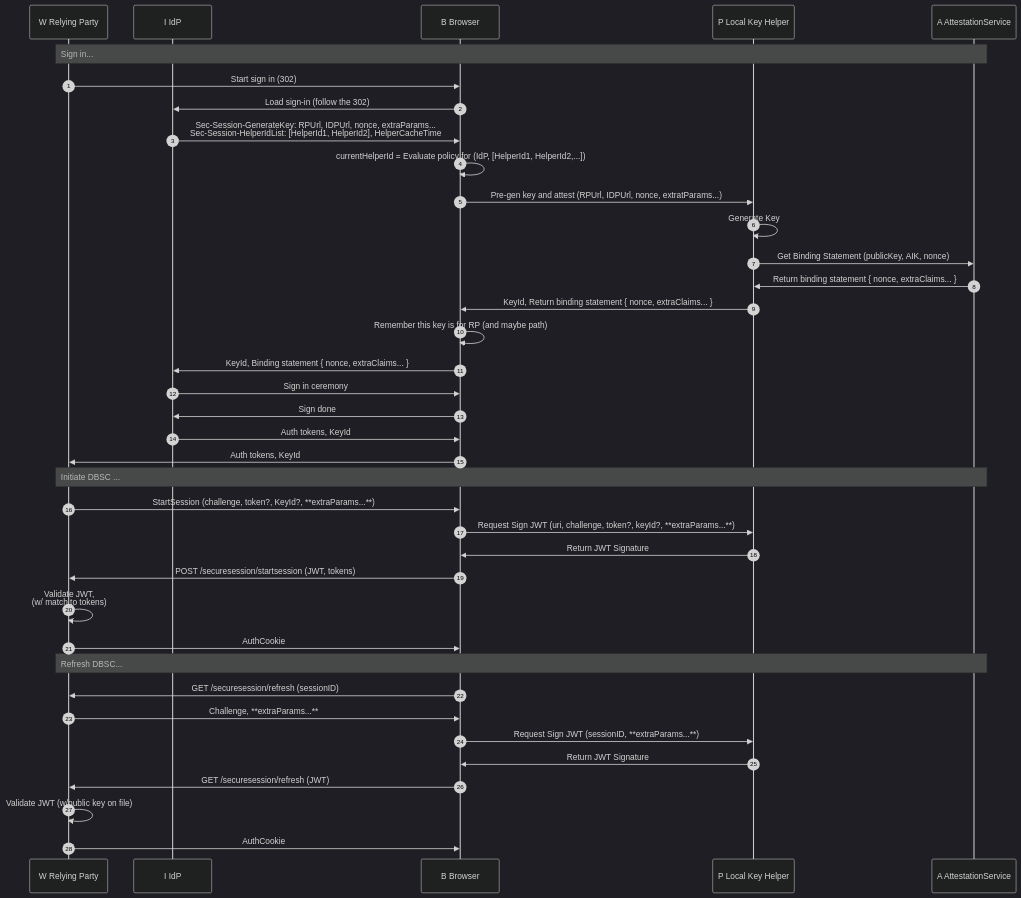
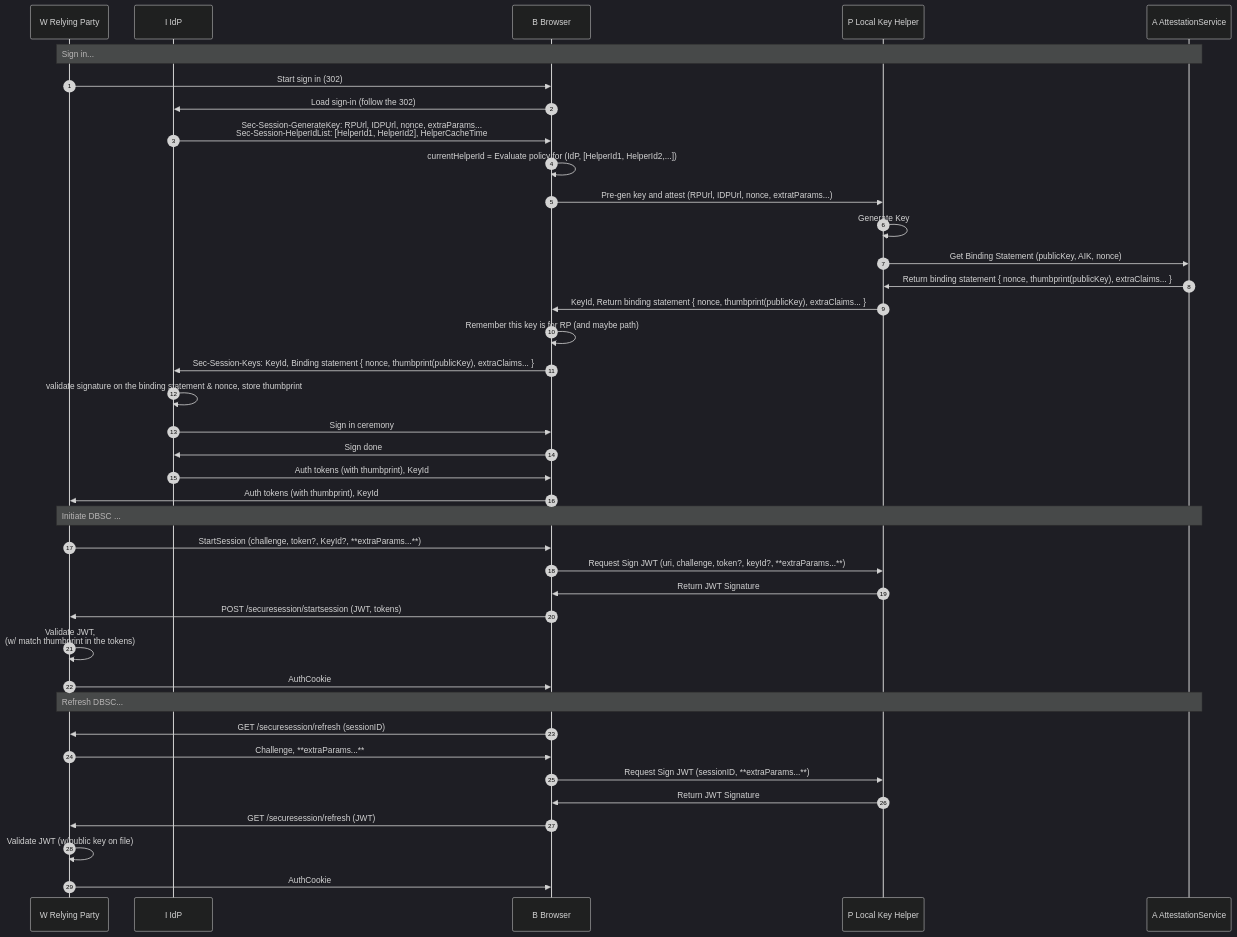
The second of 10 diagrams in README.md (alextok/dbsc-discussions), drawn with Mermaid (dark theme) before and after one commit. The commit also changed other lines of this file, not shown here.

Commit message:
Update diagrams and open/close notes

````diff
--- a/README.md
+++ b/README.md
@@ -17,49 +17,50 @@
 ```mermaid
 sequenceDiagram
 %%{ init: { 'sequence': { 'noteAlign': 'left'} } }%%
 autonumber 1
 participant W as W Relying Party
 participant I as I IdP
 participant B as B Browser
 participant P as P Local Key Helper
 participant A as A AttestationService
 
 Note over W, A: Sign in...
 W->>B: Start sign in (302)
 B->>I: Load sign-in (follow the 302)
 
 I->>B: Sec-Session-GenerateKey: RPUrl, IDPUrl, nonce, extraParams...<br/>Sec-Session-HelperIdList: [HelperId1, HelperId2], HelperCacheTime
 B->>B: currentHelperId = Evaluate policy for (IdP, [HelperId1, HelperId2,...])
 B->>P: Pre-gen key and attest (RPUrl, IDPUrl, nonce, extratParams...)
 
 P->>P: Generate Key
 
 P->>A: Get Binding Statement (publicKey, AIK, nonce)
-A->>P: Return binding statement { nonce, extraClaims... }
-P->>B: KeyId, Return binding statement { nonce, extraClaims... }
+A->>P: Return binding statement { nonce, thumbprint(publicKey), extraClaims... }
+P->>B: KeyId, Return binding statement { nonce, thumbprint(publicKey), extraClaims... }
 B->>B: Remember this key is for RP (and maybe path)
-B->>I: KeyId, Binding statement { nonce, extraClaims... }
+B->>I: Sec-Session-Keys: KeyId, Binding statement { nonce, thumbprint(publicKey), extraClaims... }
+I->>I: validate signature on the binding statement & nonce, store thumbprint
 
 I->>B: Sign in ceremony
 B->>I: Sign done
 
-I->>B: Auth tokens, KeyId
-B->>W: Auth tokens, KeyId
+I->>B: Auth tokens (with thumbprint), KeyId
+B->>W: Auth tokens (with thumbprint), KeyId
 
 Note over W, A: Initiate DBSC ...
 W->>B: StartSession (challenge, token?, KeyId?, **extraParams...**)
 B->>P: Request Sign JWT (uri, challenge, token?, keyId?, **extraParams...**)
 P->>B: Return JWT Signature
 B->>W: POST /securesession/startsession (JWT, tokens)
-W->>W: Validate JWT, <br/>(w/ match to tokens)
+W->>W: Validate JWT, <br/>(w/ match thumbprint in the tokens)
 W->>B: AuthCookie
 
 Note over W, A: Refresh DBSC...
 B->>W: GET /securesession/refresh (sessionID)
 W->>B: Challenge, **extraParams...**
 B->>P: Request Sign JWT (sessionID, **extraParams...**)
 P->>B: Return JWT Signature
 B->>W: GET /securesession/refresh (JWT)
 W->>W: Validate JWT (w/public key on file)
 W->>B: AuthCookie
 ```
````
